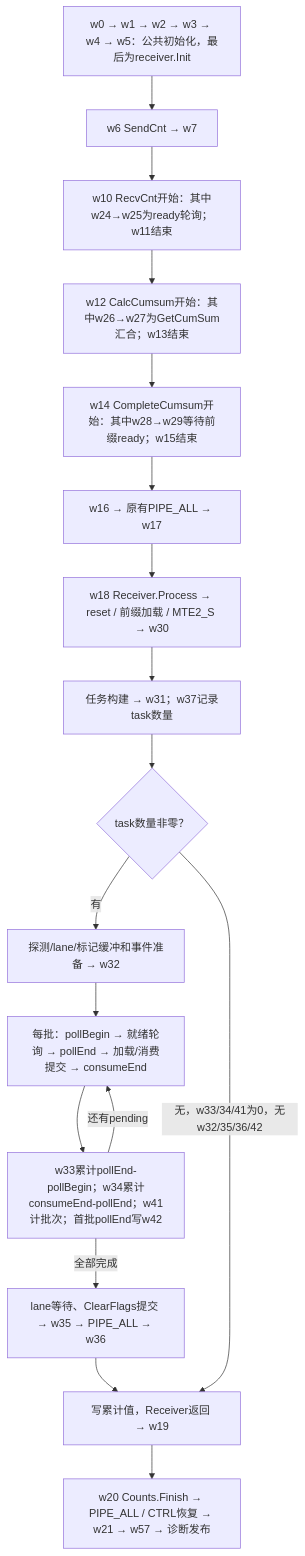
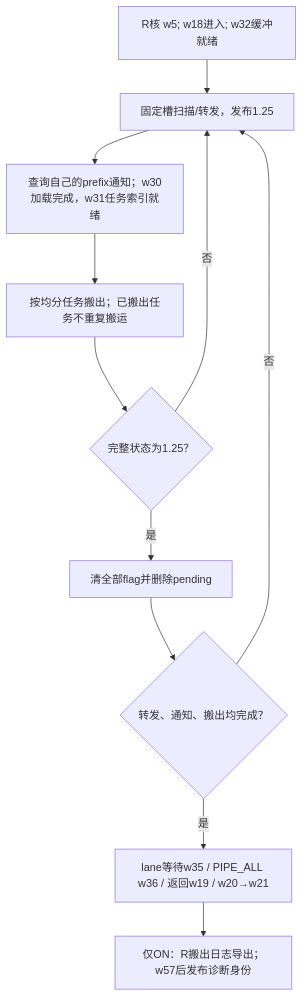
The second of 2 diagrams in tests/ll_rdma/STAGE_TIMELINE.md (TangYunfei147/DeepEP-LL), drawn with Mermaid before and after one commit. The commit also changed other lines of this file and 57 other files, not shown here.

````diff
--- a/tests/ll_rdma/STAGE_TIMELINE.md
+++ b/tests/ll_rdma/STAGE_TIMELINE.md
@@ -40,19 +21,13 @@
 ```mermaid
 flowchart TD
-  r0["w0 → w1 → w2 → w3 → w4 → w5：公共初始化，最后为receiver.Init"] --> r1["w6 SendCnt → w7"]
-  r1 --> r2["w10 RecvCnt开始：其中w24→w25为ready轮询；w11结束"]
-  r2 --> r3["w12 CalcCumsum开始：其中w26→w27为GetCumSum汇合；w13结束"]
-  r3 --> r4["w14 CompleteCumsum开始：其中w28→w29等待前缀ready；w15结束"]
-  r4 --> r5["w16 → 原有PIPE_ALL → w17"]
-  r5 --> r6["w18 Receiver.Process → reset / 前缀加载 / MTE2_S → w30"]
-  r6 --> r7["任务构建 → w31；w37记录task数量"]
-  r7 --> empty{"task数量非零？"}
-  empty -->|有| r8["探测/lane/标记缓冲和事件准备 → w32"]
-  r8 --> loop["每批：pollBegin → 就绪轮询 → pollEnd → 加载/消费提交 → consumeEnd"]
-  loop --> accum["w33累计pollEnd-pollBegin；w34累计consumeEnd-pollEnd；w41计批次；首批pollEnd写w42"]
-  accum -->|还有pending| loop
-  accum -->|全部完成| r9["lane等待、ClearFlags提交 → w35 → PIPE_ALL → w36"]
-  r9 --> r10["写累计值，Receiver返回 → w19"]
-  empty -->|无，w33/34/41为0，无w32/35/36/42| r10
-  r10 --> r11["w20 Counts.Finish → PIPE_ALL / CTRL恢复 → w21 → w57 → 诊断发布"]
+  init["R核 w5; w18进入; w32缓冲就绪"] --> scan["固定槽扫描/转发，发布1.25"]
+  scan --> notice["查询自己的prefix通知；w30加载完成，w31任务索引就绪"]
+  notice --> output["按均分任务搬出；已搬出任务不重复搬运"]
+  output --> clear{"完整状态为1.25？"}
+  clear -->|是| flags["清全部flag并删除pending"]
+  clear -->|否| scan
+  flags --> more{"转发、通知、搬出均完成？"}
+  more -->|否| scan
+  more -->|是| finish["lane等待w35 / PIPE_ALL w36 / 返回w19 / w20→w21"]
+  finish --> export["仅ON：R搬出日志导出；w57后发布诊断身份"]
 ```
````
